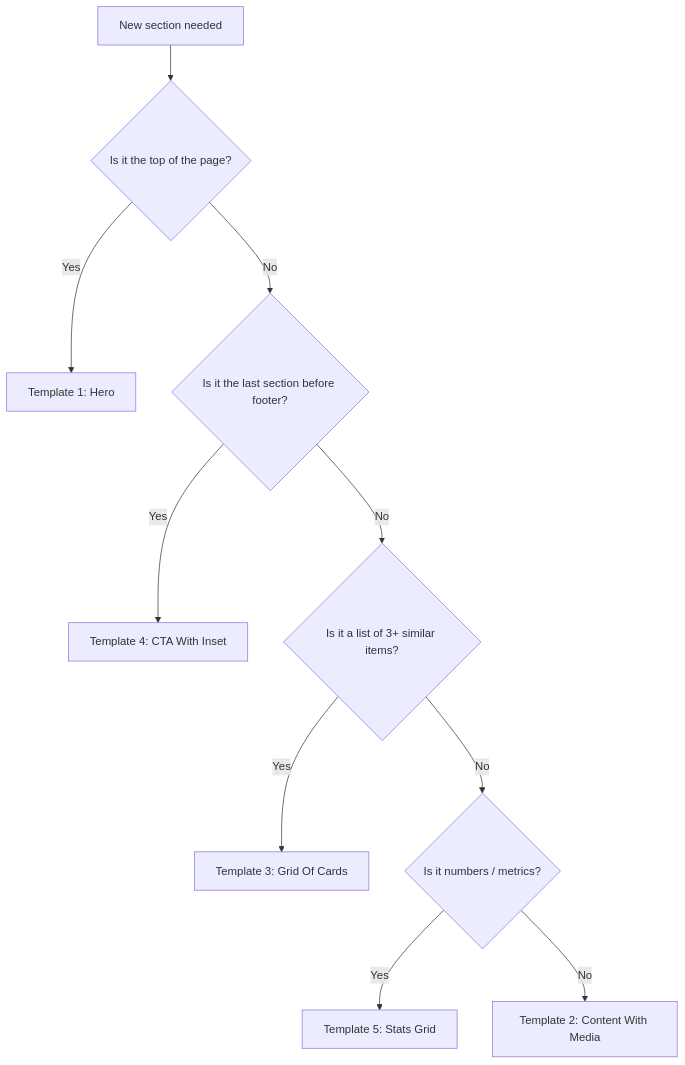
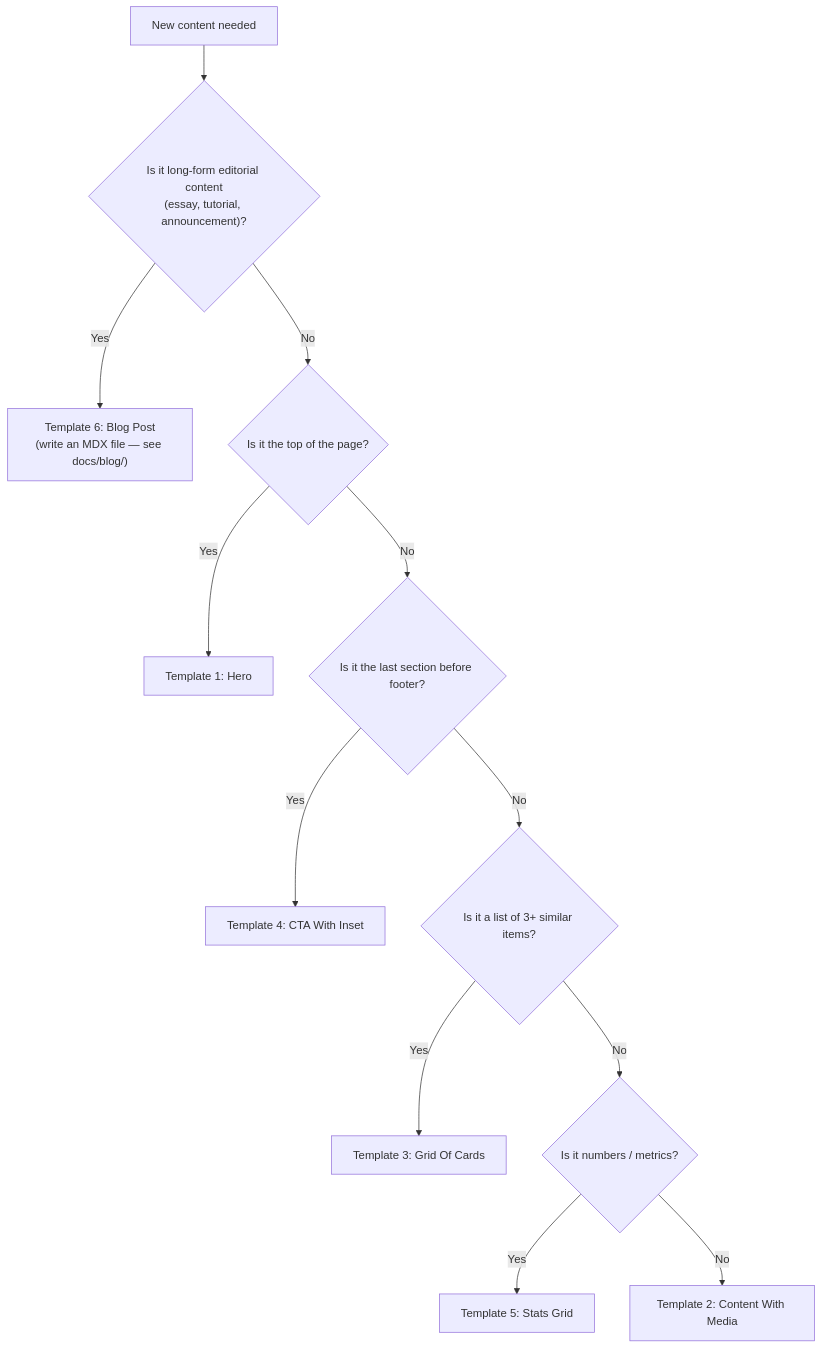
The diagram in docs/design/sections.md (aibuildersmx/website-v2), drawn with Mermaid before and after one commit. The commit also changed other lines of this file and 36 other files, not shown here.

First line of the commit message:
Move blog posts to an MDX content system

````diff
--- a/docs/design/sections.md
+++ b/docs/design/sections.md
@@ -438,12 +507,14 @@
 ```mermaid
 flowchart TD
-    start["New section needed"] --> q1{"Is it the top of the page?"}
+    start["New content needed"] --> q0{"Is it long-form editorial content<br/>(essay, tutorial, announcement)?"}
+    q0 -->|Yes| blog["Template 6: Blog Post<br/>(write an MDX file — see docs/blog/)"]
+    q0 -->|No| q1{"Is it the top of the page?"}
     q1 -->|Yes| hero["Template 1: Hero"]
     q1 -->|No| q2{"Is it the last section before footer?"}
     q2 -->|Yes| cta["Template 4: CTA With Inset"]
     q2 -->|No| q3{"Is it a list of 3+ similar items?"}
     q3 -->|Yes| grid["Template 3: Grid Of Cards"]
     q3 -->|No| q4{"Is it numbers / metrics?"}
     q4 -->|Yes| stats["Template 5: Stats Grid"]
     q4 -->|No| content["Template 2: Content With Media"]
 ```
````
